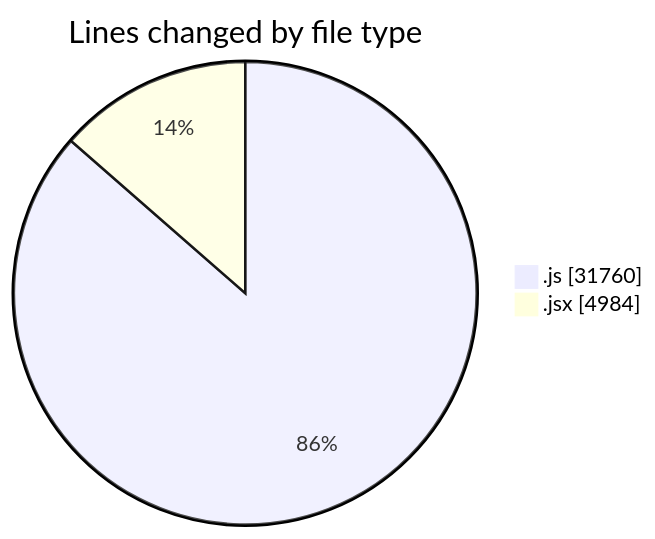
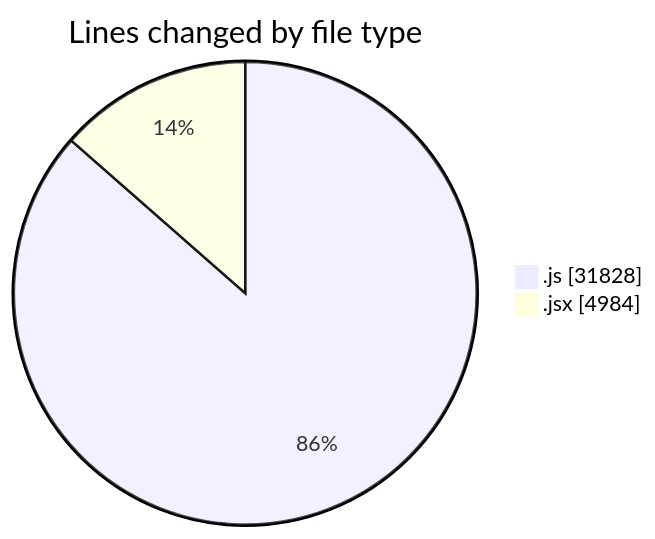
The first of 2 diagrams in 2025-09-30/nxtqube_webapp/README.md (nxtqubesakshisongat/code-tracking), drawn with Mermaid before and after one commit. The commit also changed other lines of this file and 1 other file, not shown here.

````diff
--- a/2025-09-30/nxtqube_webapp/README.md
+++ b/2025-09-30/nxtqube_webapp/README.md
@@ -25,6 +25,6 @@
 ```mermaid
 pie showData
 title Lines changed by file type
-".js" : 31760
+".js" : 31828
 ".jsx" : 4984
 ```
````
